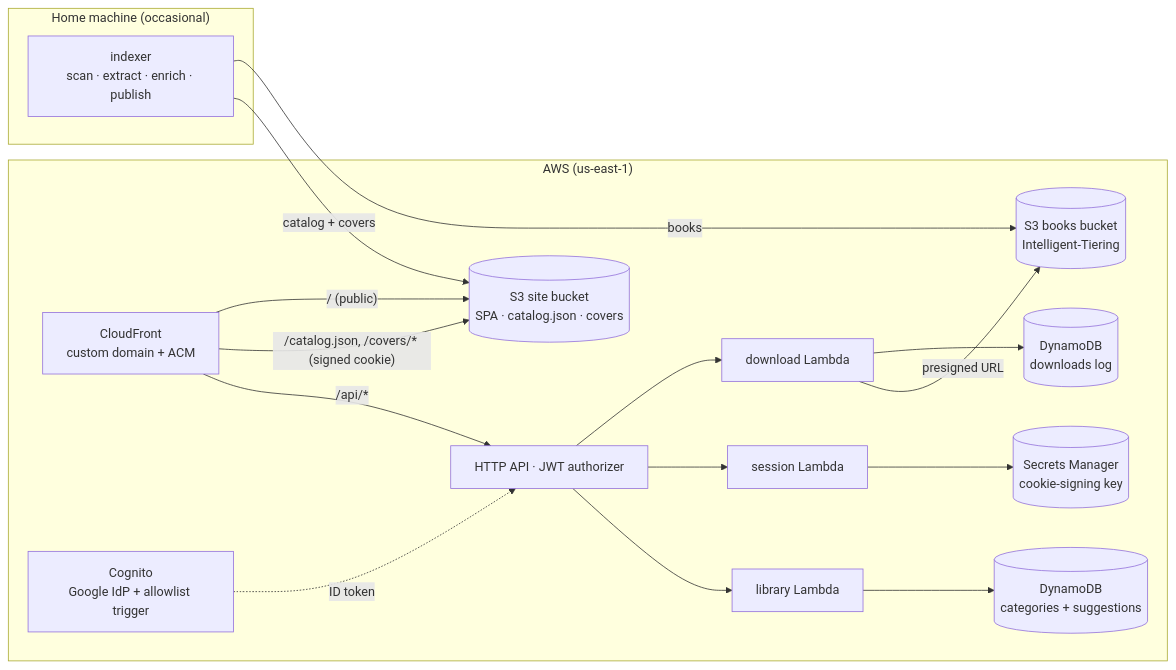
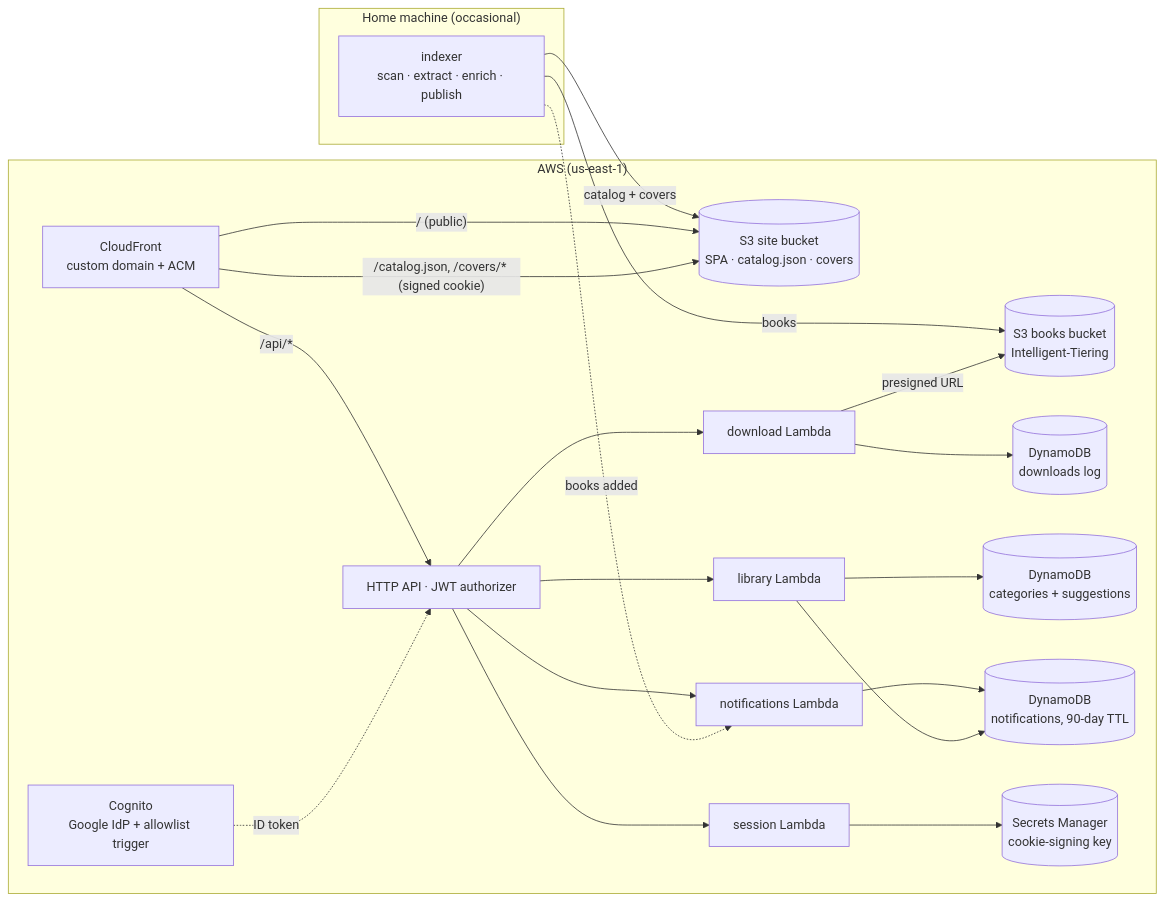
Before and after one commit to DavidJDrake/lit-library: the diagram in README.md, drawn with Mermaid. The commit also changed other lines of this file and 1 other file, not shown here.

Commit message:
docs: notifications

````diff
--- a/README.md
+++ b/README.md
@@ -42,29 +46,34 @@
 ```mermaid
 flowchart LR
   subgraph local["Home machine (occasional)"]
     IDX[indexer<br/>scan · extract · enrich · publish]
   end
   subgraph aws["AWS (us-east-1)"]
     CF[CloudFront<br/>custom domain + ACM]
     SITE[(S3 site bucket<br/>SPA · catalog.json · covers)]
     BOOKS[(S3 books bucket<br/>Intelligent-Tiering)]
     COG[Cognito<br/>Google IdP + allowlist trigger]
     API[HTTP API · JWT authorizer]
     DL[download Lambda]
     SESS[session Lambda]
     LIB[library Lambda]
+    NOTIF[notifications Lambda]
     DDB[(DynamoDB<br/>downloads log)]
     LIBT[(DynamoDB<br/>categories + suggestions)]
+    NOTIFT[(DynamoDB<br/>notifications, 90-day TTL)]
     SM[(Secrets Manager<br/>cookie-signing key)]
   end
   IDX -->|books| BOOKS
   IDX -->|catalog + covers| SITE
   CF -->|"/ (public)"| SITE
   CF -->|"/catalog.json, /covers/* (signed cookie)"| SITE
   CF -->|"/api/*"| API
   API --> DL --> DDB
   DL -->|presigned URL| BOOKS
   API --> SESS --> SM
   API --> LIB --> LIBT
+  API --> NOTIF --> NOTIFT
+  LIB --> NOTIFT
+  IDX -.->|books added| NOTIF
   COG -.->|ID token| API
 ```
````
